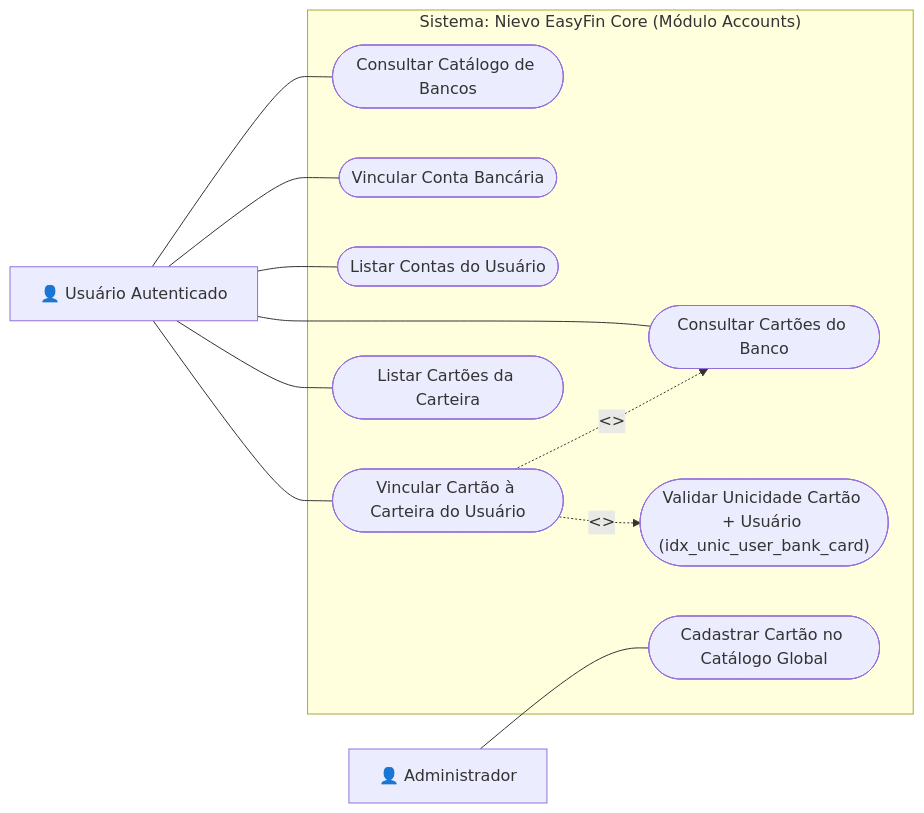
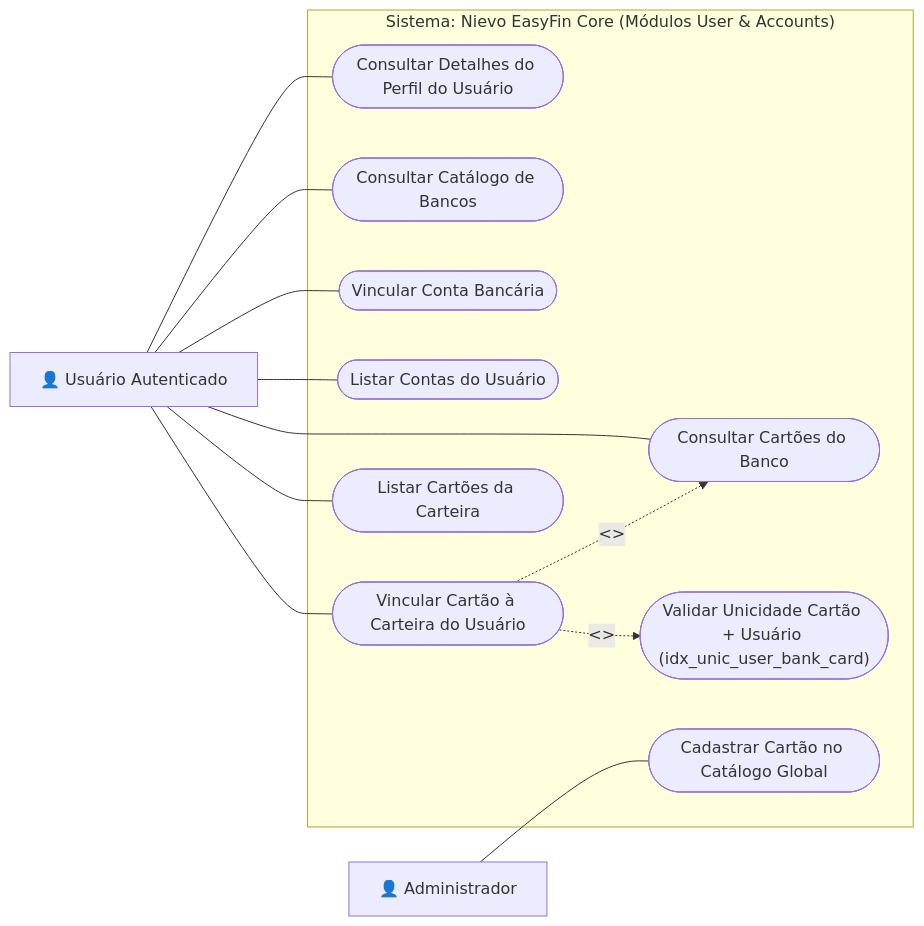
One commit to pedrovtof/Nievo-easy-fin changed the third of 5 diagrams in docs/config/docs/content/FluxosNegocio/gestao_contas_cartoes.md. Above: the diagram before and after it, drawn with Mermaid. The commit also changed other lines of this file and 25 other files, not shown here.

First line of the commit message:
feat(core): add GET /api/public/v1/User/details endpoint and frontend integration (#71)

````diff
--- a/docs/config/docs/content/FluxosNegocio/gestao_contas_cartoes.md
+++ b/docs/config/docs/content/FluxosNegocio/gestao_contas_cartoes.md
@@ -61,27 +61,29 @@
 ```mermaid
 flowchart LR
     actor_user["👤 Usuário Autenticado"]
     actor_admin["👤 Administrador"]
 
-    subgraph CoreAccountsSystem ["Sistema: Nievo EasyFin Core (Módulo Accounts)"]
+    subgraph CoreAccountsSystem ["Sistema: Nievo EasyFin Core (Módulos User & Accounts)"]
+        uc_get_user_details(["Consultar Detalhes do Perfil do Usuário"])
         uc_list_banks(["Consultar Catálogo de Bancos"])
         uc_link_bank(["Vincular Conta Bancária"])
         uc_list_user_banks(["Listar Contas do Usuário"])
         uc_list_bank_cards(["Consultar Cartões do Banco"])
         uc_link_user_card(["Vincular Cartão à Carteira do Usuário"])
         uc_validate_unique_card(["Validar Unicidade Cartão + Usuário (idx_unic_user_bank_card)"])
         uc_list_user_cards(["Listar Cartões da Carteira"])
         uc_create_catalog_card(["Cadastrar Cartão no Catálogo Global"])
 
         uc_link_user_card -.->|"<<include>>"| uc_validate_unique_card
         uc_link_user_card -.->|"<<include>>"| uc_list_bank_cards
     end
 
+    actor_user --- uc_get_user_details
     actor_user --- uc_list_banks
     actor_user --- uc_link_bank
     actor_user --- uc_list_user_banks
     actor_user --- uc_list_bank_cards
     actor_user --- uc_link_user_card
     actor_user --- uc_list_user_cards
     actor_admin --- uc_create_catalog_card
 ```
````
